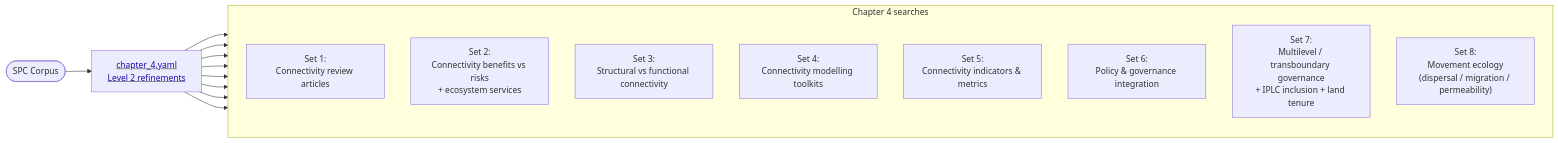
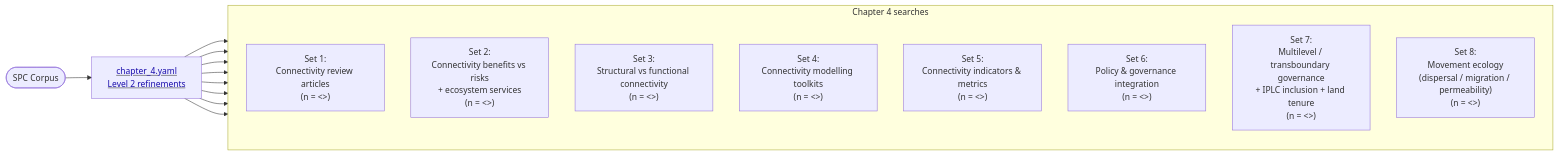
One commit to gabriellabishop/IPBES_SPC_Corpus changed the diagram in figures/chapter4.mmd. Above: the diagram before and after it, drawn with Mermaid. The commit also changed 14 other files, not shown here.

Commit message:
Refinement charts and LLM Disclosure added

```diff
--- a/figures/chapter4.mmd
+++ b/figures/chapter4.mmd
@@ -1,24 +1,24 @@
 %%{init: {'flowchart': {'htmlLabels': true}}}%%
 flowchart LR
     Start([SPC Corpus]) --> Ch4["<u><span style='color:#1a0dab;'>chapter_4.yaml<br/>Level 2 refinements</span></u>"]
     click Ch4 "./input/search_terms/chapter_4.yaml" "Open chapter_4.yaml"
 
     subgraph Chapter4Sets["Chapter 4 searches"]
         direction TB
-        C4_1["Set 1:<br/>Connectivity review articles"]
-        C4_2["Set 2:<br/>Connectivity benefits vs risks<br/>+ ecosystem services"]
-        C4_3["Set 3:<br/>Structural vs functional connectivity"]
-        C4_4["Set 4:<br/>Connectivity modelling toolkits"]
-        C4_5["Set 5:<br/>Connectivity indicators & metrics"]
-        C4_6["Set 6:<br/>Policy & governance integration"]
-        C4_7["Set 7:<br/>Multilevel / transboundary governance<br/>+ IPLC inclusion + land tenure"]
-        C4_8["Set 8:<br/>Movement ecology<br/>(dispersal / migration / permeability)"]
+        C4_1["Set 1:<br/>Connectivity review articles<br/>(n = <<C4_1>>)"]
+        C4_2["Set 2:<br/>Connectivity benefits vs risks<br/>+ ecosystem services<br/>(n = <<C4_2>>)"]
+        C4_3["Set 3:<br/>Structural vs functional connectivity<br/>(n = <<C4_3>>)"]
+        C4_4["Set 4:<br/>Connectivity modelling toolkits<br/>(n = <<C4_4>>)"]
+        C4_5["Set 5:<br/>Connectivity indicators & metrics<br/>(n = <<C4_5>>)"]
+        C4_6["Set 6:<br/>Policy & governance integration<br/>(n = <<C4_6>>)"]
+        C4_7["Set 7:<br/>Multilevel / transboundary governance<br/>+ IPLC inclusion + land tenure<br/>(n = <<C4_7>>)"]
+        C4_8["Set 8:<br/>Movement ecology<br/>(dispersal / migration / permeability)<br/>(n = <<C4_8>>)"]
     end
     Ch4 --> C4_1
     Ch4 --> C4_2
     Ch4 --> C4_3
     Ch4 --> C4_4
     Ch4 --> C4_5
     Ch4 --> C4_6
     Ch4 --> C4_7
     Ch4 --> C4_8
```
